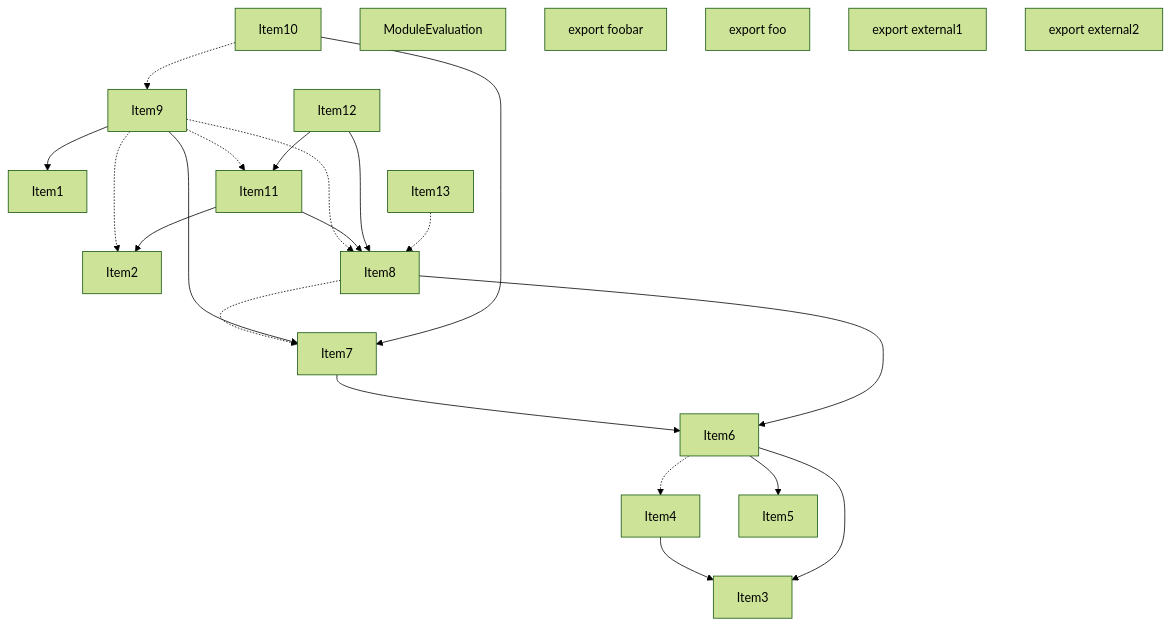
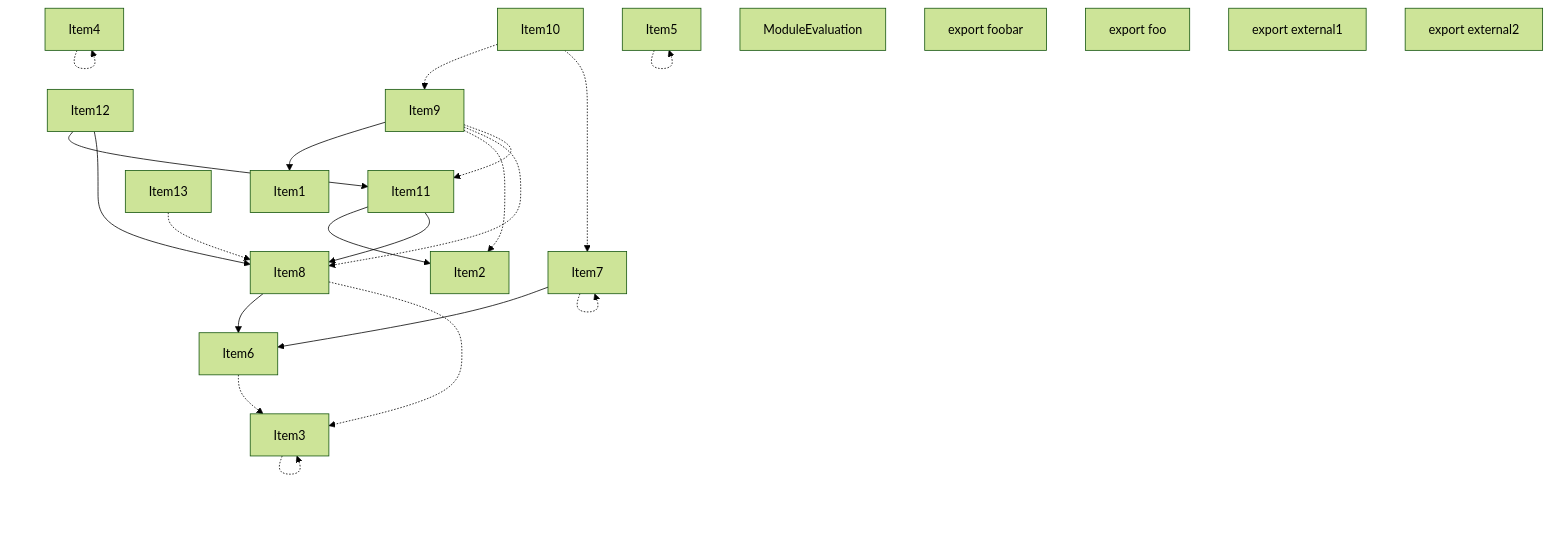
Before and after one commit to vercel/turborepo: the third of 5 diagrams in crates/turbopack-ecmascript/tests/tree-shaker/analyzer/1/output.md, drawn with Mermaid (forest theme). The commit also changed other lines of this file and 20 other files, not shown here.

````diff
--- a/crates/turbopack-ecmascript/tests/tree-shaker/analyzer/1/output.md
+++ b/crates/turbopack-ecmascript/tests/tree-shaker/analyzer/1/output.md
@@ -218,45 +218,45 @@
 ```mermaid
 graph TD
     Item1;
     Item2;
     Item3;
     Item4;
     Item5;
     Item6;
     Item7;
     Item8;
     Item9;
     Item10;
     Item11;
     Item12;
     Item13;
     Item14;
     Item14["ModuleEvaluation"];
     Item15;
     Item15["export foobar"];
     Item16;
     Item16["export foo"];
     Item17;
     Item17["export external1"];
     Item18;
     Item18["export external2"];
-    Item4 --> Item3;
-    Item6 --> Item5;
-    Item6 --> Item3;
-    Item6 -.-> Item4;
+    Item3 -.-> Item3;
+    Item4 -.-> Item4;
+    Item5 -.-> Item5;
+    Item6 -.-> Item3;
     Item7 --> Item6;
+    Item7 -.-> Item7;
     Item8 --> Item6;
-    Item8 -.-> Item7;
-    Item9 --> Item7;
+    Item8 -.-> Item3;
     Item9 --> Item1;
     Item9 -.-> Item2;
     Item9 -.-> Item8;
     Item9 -.-> Item11;
-    Item10 --> Item7;
     Item10 -.-> Item9;
+    Item10 -.-> Item7;
     Item11 --> Item2;
     Item11 --> Item8;
     Item12 --> Item11;
     Item12 --> Item8;
     Item13 -.-> Item8;
 ```
````
